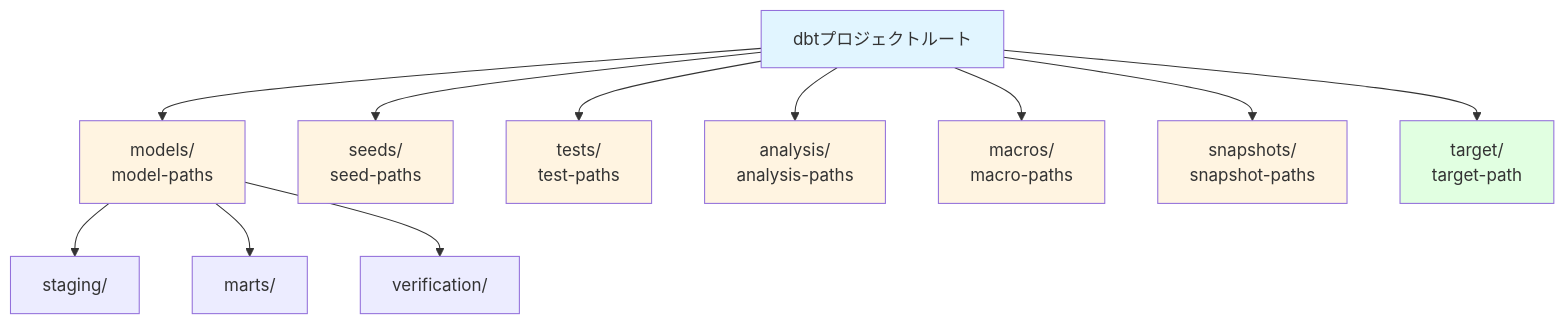
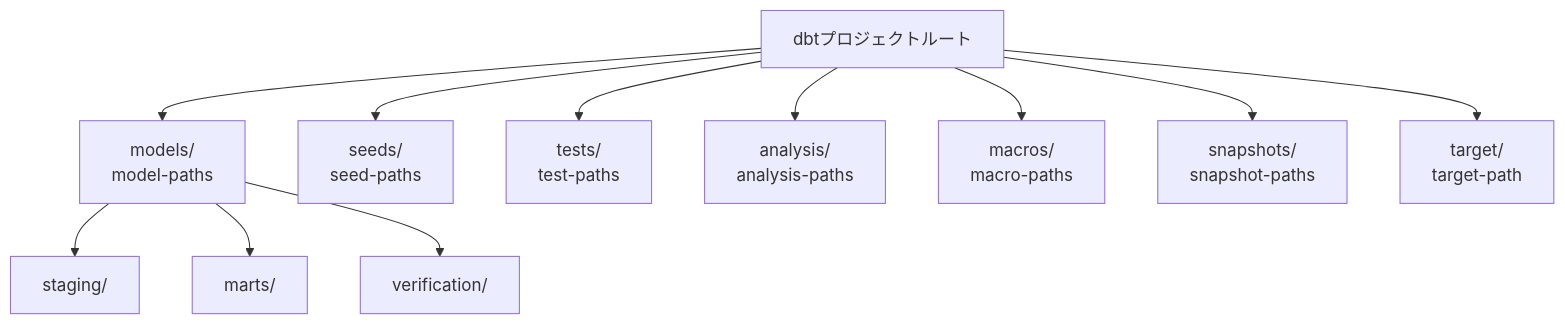
Before and after one commit to 1210yuichi0/1210yuichi0.github.io: the third of 5 diagrams in content/Tech/dbt/categories/project-basic-config.md, drawn with Mermaid. The commit also changed other lines of this file and 22 other files, not shown here.

First line of the commit message:
style: remove Mermaid style directives for dark mode compatibility

````diff
--- a/content/Tech/dbt/categories/project-basic-config.md
+++ b/content/Tech/dbt/categories/project-basic-config.md
@@ -268,23 +249,15 @@
 ```mermaid
 graph TD
     Root[dbtプロジェクトルート] --> Models[models/<br/>model-paths]
     Root --> Seeds[seeds/<br/>seed-paths]
     Root --> Tests[tests/<br/>test-paths]
     Root --> Analysis[analysis/<br/>analysis-paths]
     Root --> Macros[macros/<br/>macro-paths]
     Root --> Snapshots[snapshots/<br/>snapshot-paths]
     Root --> Target[target/<br/>target-path]
 
     Models --> Staging[staging/]
     Models --> Marts[marts/]
     Models --> Verification[verification/]
 
-    style Root fill:#e1f5ff
-    style Models fill:#fff4e1
-    style Seeds fill:#fff4e1
-    style Tests fill:#fff4e1
-    style Analysis fill:#fff4e1
-    style Macros fill:#fff4e1
-    style Snapshots fill:#fff4e1
-    style Target fill:#e1ffe1
 ```
````
